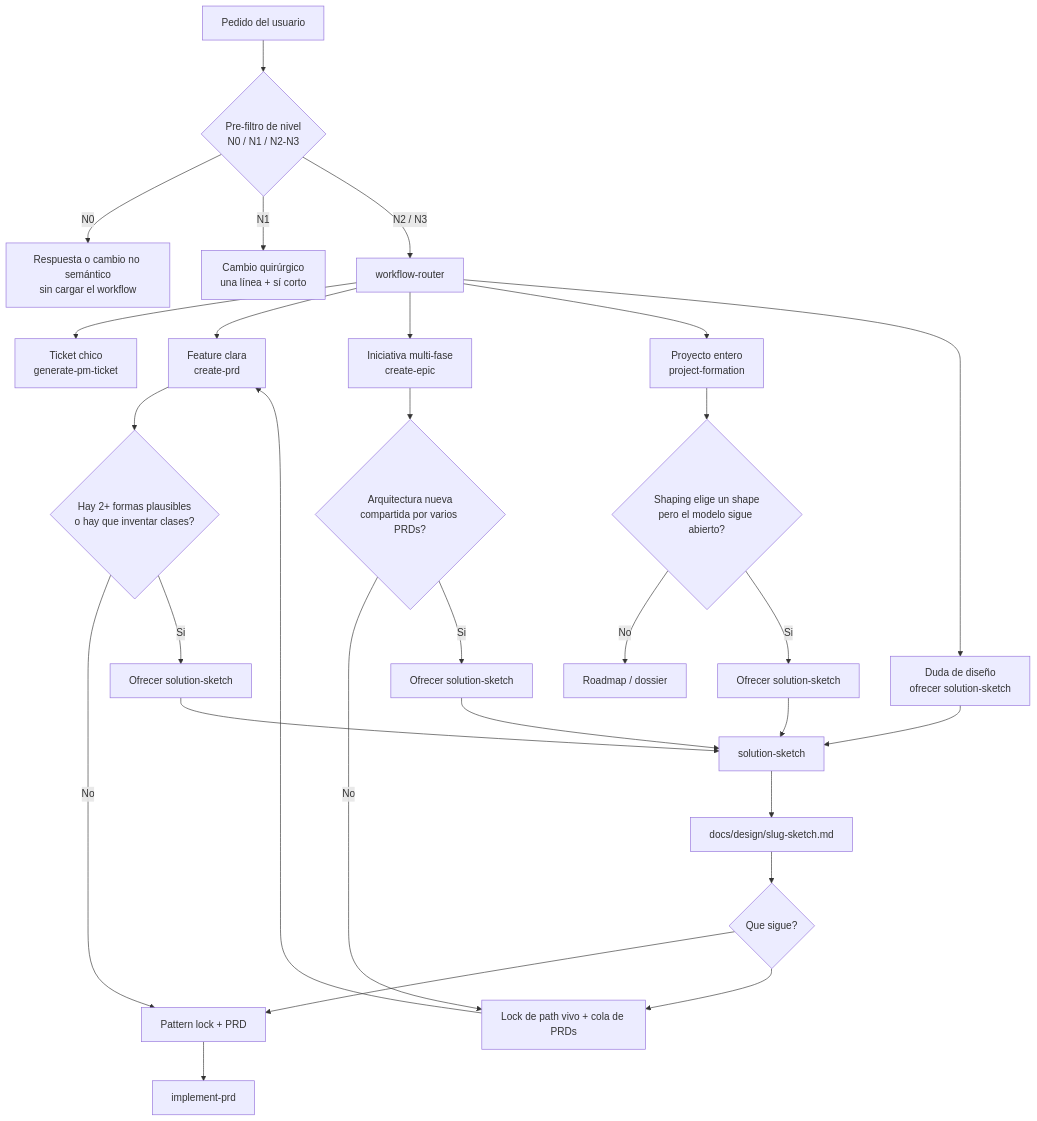
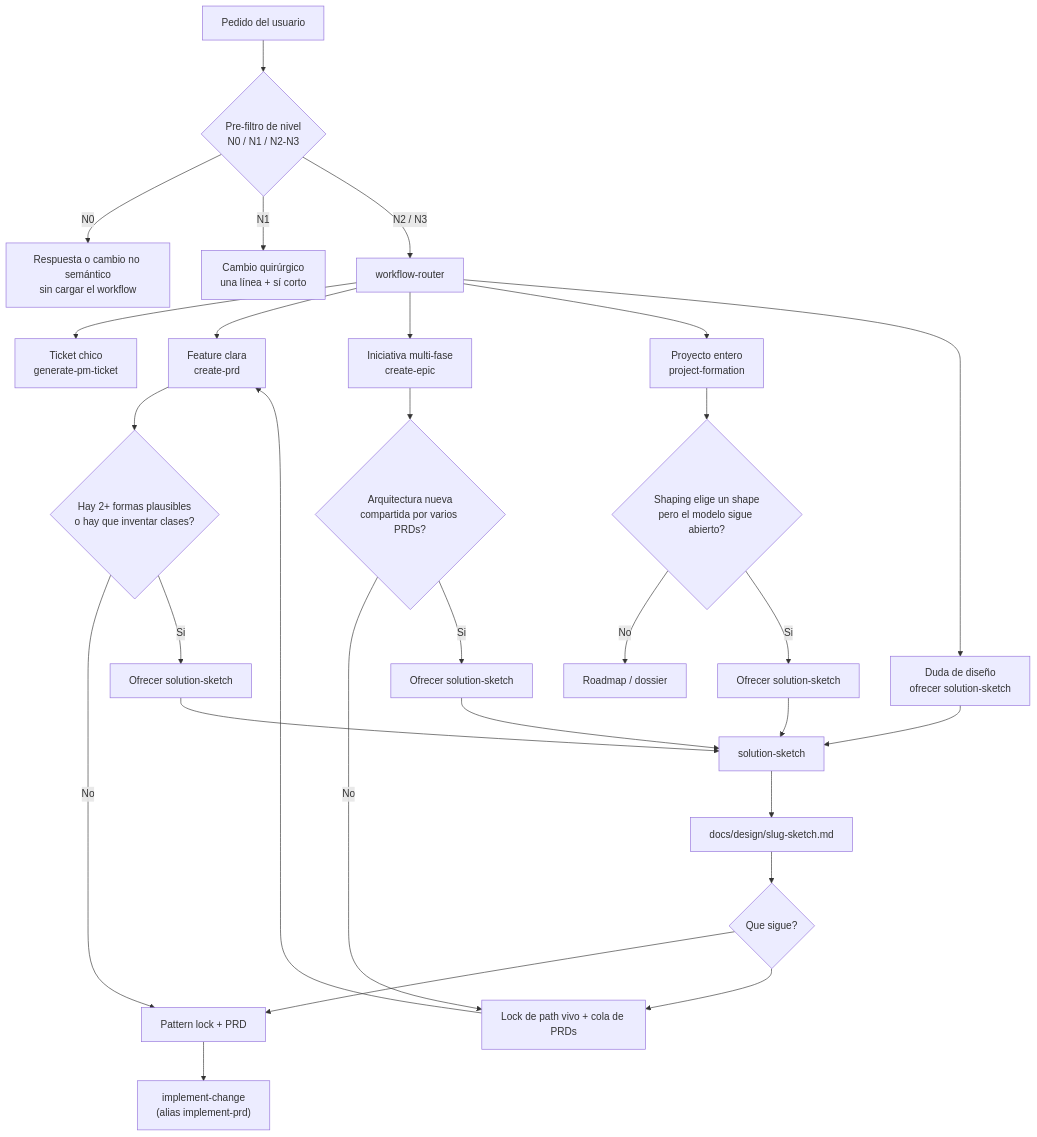
Before and after one commit to xampo848/fhh-ia-ecosystem-workflow-kit: the diagram in docs/workflow/README.md, drawn with Mermaid. The commit also changed other lines of this file and 40 other files, not shown here.

````diff
--- a/docs/workflow/README.md
+++ b/docs/workflow/README.md
@@ -26,36 +26,36 @@
 ```mermaid
 flowchart TD
   pedido["Pedido del usuario"] --> nivel{"Pre-filtro de nivel<br/>N0 / N1 / N2-N3"}
   nivel -->|N0| directo["Respuesta o cambio no semántico<br/>sin cargar el workflow"]
   nivel -->|N1| quirurgico["Cambio quirúrgico<br/>una línea + sí corto"]
   nivel -->|N2 / N3| router["workflow-router"]
 
   router --> ticket["Ticket chico<br/>generate-pm-ticket"]
   router --> prd["Feature clara<br/>create-prd"]
   router --> epic["Iniciativa multi-fase<br/>create-epic"]
   router --> form["Proyecto entero<br/>project-formation"]
   router --> sketchAsk["Duda de diseño<br/>ofrecer solution-sketch"]
 
   prd --> gatePrd{"Hay 2+ formas plausibles<br/>o hay que inventar clases?"}
   epic --> gateEpic{"Arquitectura nueva<br/>compartida por varios PRDs?"}
   form --> gateForm{"Shaping elige un shape<br/>pero el modelo sigue abierto?"}
 
   gatePrd -->|No| lock["Pattern lock + PRD"]
   gatePrd -->|Si| offer1["Ofrecer solution-sketch"]
   gateEpic -->|No| cut["Lock de path vivo + cola de PRDs"]
   gateEpic -->|Si| offer2["Ofrecer solution-sketch"]
   gateForm -->|No| roadmap["Roadmap / dossier"]
   gateForm -->|Si| offer3["Ofrecer solution-sketch"]
 
   sketchAsk --> sketch["solution-sketch"]
   offer1 --> sketch
   offer2 --> sketch
   offer3 --> sketch
 
   sketch --> artifact["docs/design/slug-sketch.md"]
   artifact --> resume{"Que sigue?"}
   resume --> lock
   resume --> cut
-  lock --> impl["implement-prd"]
+  lock --> impl["implement-change<br/>(alias implement-prd)"]
   cut --> prd
 ```
````
